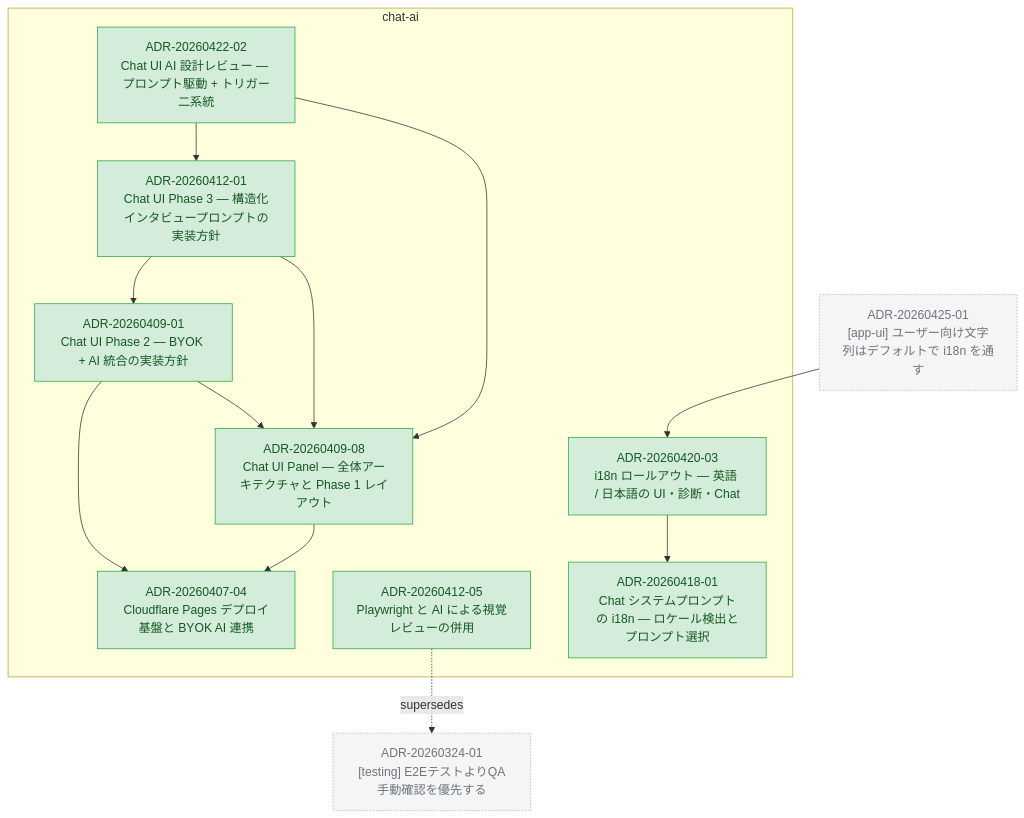
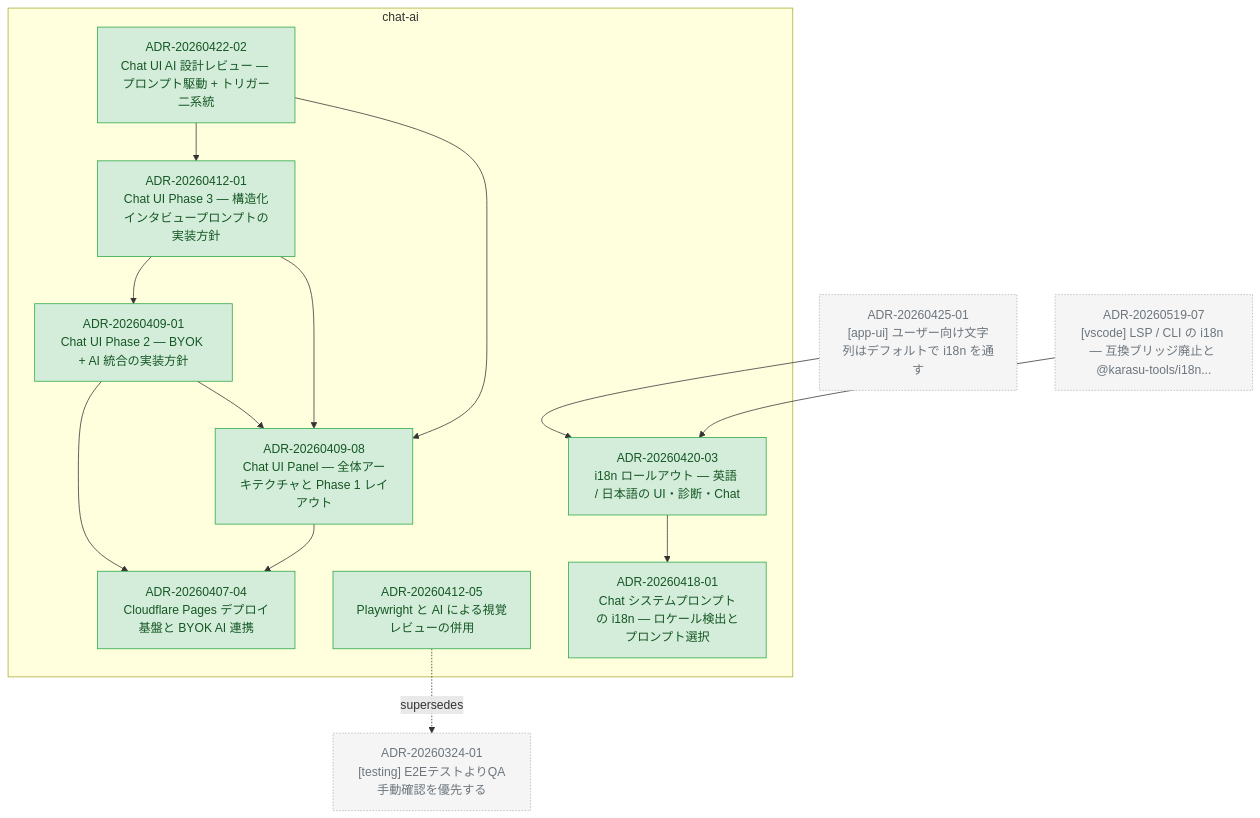
The diagram in docs/adr/graph/chat-ai.md (kompiro/karasu), drawn with Mermaid before and after one commit. The commit also changed 5 other files, not shown here.

First line of the commit message:
docs(adr): promote LSP/CLI i18n design doc to ADR-20260519-07

````diff
--- a/docs/adr/graph/chat-ai.md
+++ b/docs/adr/graph/chat-ai.md
@@ -6,42 +6,45 @@
 ```mermaid
 flowchart TD
   subgraph chat-ai["chat-ai"]
     ADR_20260407_04["ADR-20260407-04<br/>Cloudflare Pages デプロイ基盤と BYOK AI 連携"]
     ADR_20260409_01["ADR-20260409-01<br/>Chat UI Phase 2 — BYOK + AI 統合の実装方針"]
     ADR_20260409_08["ADR-20260409-08<br/>Chat UI Panel — 全体アーキテクチャと Phase 1 レイアウト"]
     ADR_20260412_01["ADR-20260412-01<br/>Chat UI Phase 3 — 構造化インタビュープロンプトの実装方針"]
     ADR_20260412_05["ADR-20260412-05<br/>Playwright と AI による視覚レビューの併用"]
     ADR_20260418_01["ADR-20260418-01<br/>Chat システムプロンプトの i18n — ロケール検出とプロンプト選択"]
     ADR_20260420_03["ADR-20260420-03<br/>i18n ロールアウト — 英語 / 日本語の UI・診断・Chat"]
     ADR_20260422_02["ADR-20260422-02<br/>Chat UI AI 設計レビュー — プロンプト駆動 + トリガー二系統"]
   end
   ADR_20260324_01["ADR-20260324-01<br/>[testing] E2EテストよりQA手動確認を優先する"]
   ADR_20260425_01["ADR-20260425-01<br/>[app-ui] ユーザー向け文字列はデフォルトで i18n を通す"]
+  ADR_20260519_07["ADR-20260519-07<br/>[vscode] LSP / CLI の i18n — 互換ブリッジ廃止と @karasu-tools/i18n..."]
   ADR_20260409_01 --> ADR_20260409_08
   ADR_20260409_01 --> ADR_20260407_04
   ADR_20260409_08 --> ADR_20260407_04
   ADR_20260412_01 --> ADR_20260409_01
   ADR_20260412_01 --> ADR_20260409_08
   ADR_20260420_03 --> ADR_20260418_01
   ADR_20260422_02 --> ADR_20260409_08
   ADR_20260422_02 --> ADR_20260412_01
   ADR_20260425_01 --> ADR_20260420_03
+  ADR_20260519_07 --> ADR_20260420_03
   ADR_20260412_05 -.supersedes.-> ADR_20260324_01
 
   classDef accepted fill:#d4edda,stroke:#28a745,color:#155724
   classDef proposed fill:#fff3cd,stroke:#ffc107,color:#856404
   classDef deprecated fill:#f8d7da,stroke:#dc3545,color:#721c24
   classDef superseded fill:#e2e3e5,stroke:#6c757d,color:#383d41
   classDef not_adopted fill:#e2e3e5,stroke:#6c757d,color:#383d41,stroke-dasharray:3 3
   classDef ghost fill:#f5f5f5,stroke:#adb5bd,color:#6c757d,stroke-dasharray:2 2
   class ADR_20260407_04 accepted
   class ADR_20260409_01 accepted
   class ADR_20260409_08 accepted
   class ADR_20260412_01 accepted
   class ADR_20260412_05 accepted
   class ADR_20260418_01 accepted
   class ADR_20260420_03 accepted
   class ADR_20260422_02 accepted
   class ADR_20260324_01 ghost
   class ADR_20260425_01 ghost
+  class ADR_20260519_07 ghost
 ```
````
